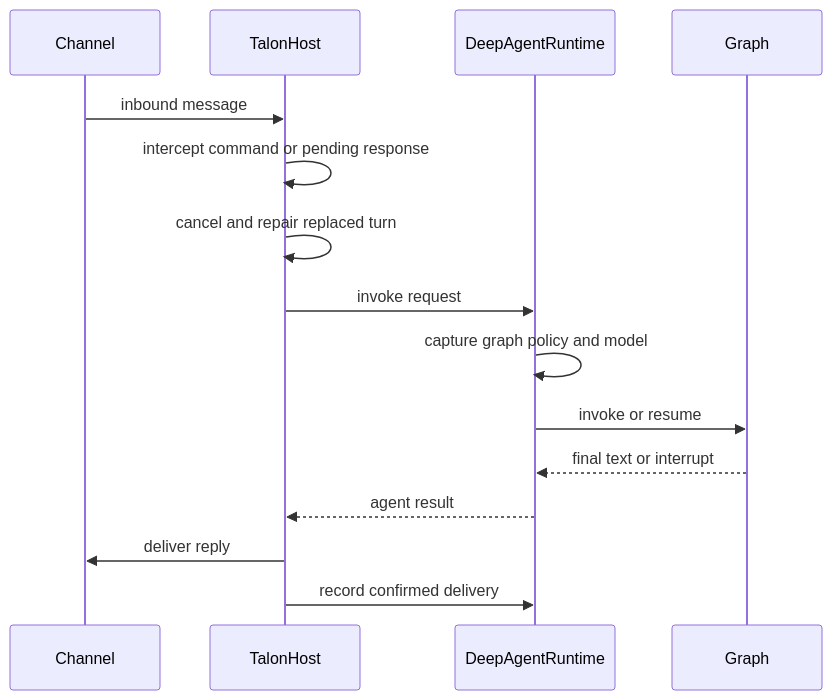
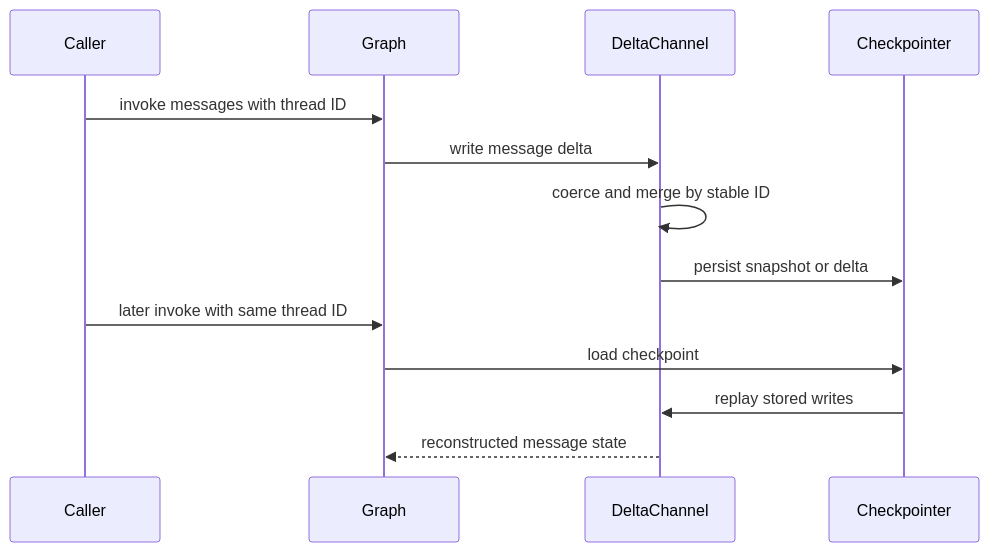
One commit to langchain-ai/deepagents changed the second of 2 diagrams in openwiki/architecture/runtime-behavior.md. Above: the diagram before and after it, drawn with Mermaid. The commit also changed other lines of this file and 67 other files, not shown here.

````diff
--- a/openwiki/architecture/runtime-behavior.md
+++ b/openwiki/architecture/runtime-behavior.md
@@ -69,17 +83,15 @@
 ```mermaid
 sequenceDiagram
-    participant Channel
-    participant Host as TalonHost
-    participant Runtime as DeepAgentRuntime
+    participant Caller
     participant Graph
-    Channel->>Host: inbound message
-    Host->>Host: intercept command or pending response
-    Host->>Host: cancel and repair replaced turn
-    Host->>Runtime: invoke request
-    Runtime->>Runtime: capture graph policy and model
-    Runtime->>Graph: invoke or resume
-    Graph-->>Runtime: final text or interrupt
-    Runtime-->>Host: agent result
-    Host->>Channel: deliver reply
-    Host->>Runtime: record confirmed delivery
+    participant Channel as DeltaChannel
+    participant Saver as Checkpointer
+    Caller->>Graph: invoke messages with thread ID
+    Graph->>Channel: write message delta
+    Channel->>Channel: coerce and merge by stable ID
+    Channel->>Saver: persist snapshot or delta
+    Caller->>Graph: later invoke with same thread ID
+    Graph->>Saver: load checkpoint
+    Saver->>Channel: replay stored writes
+    Channel-->>Graph: reconstructed message state
 ```
````
